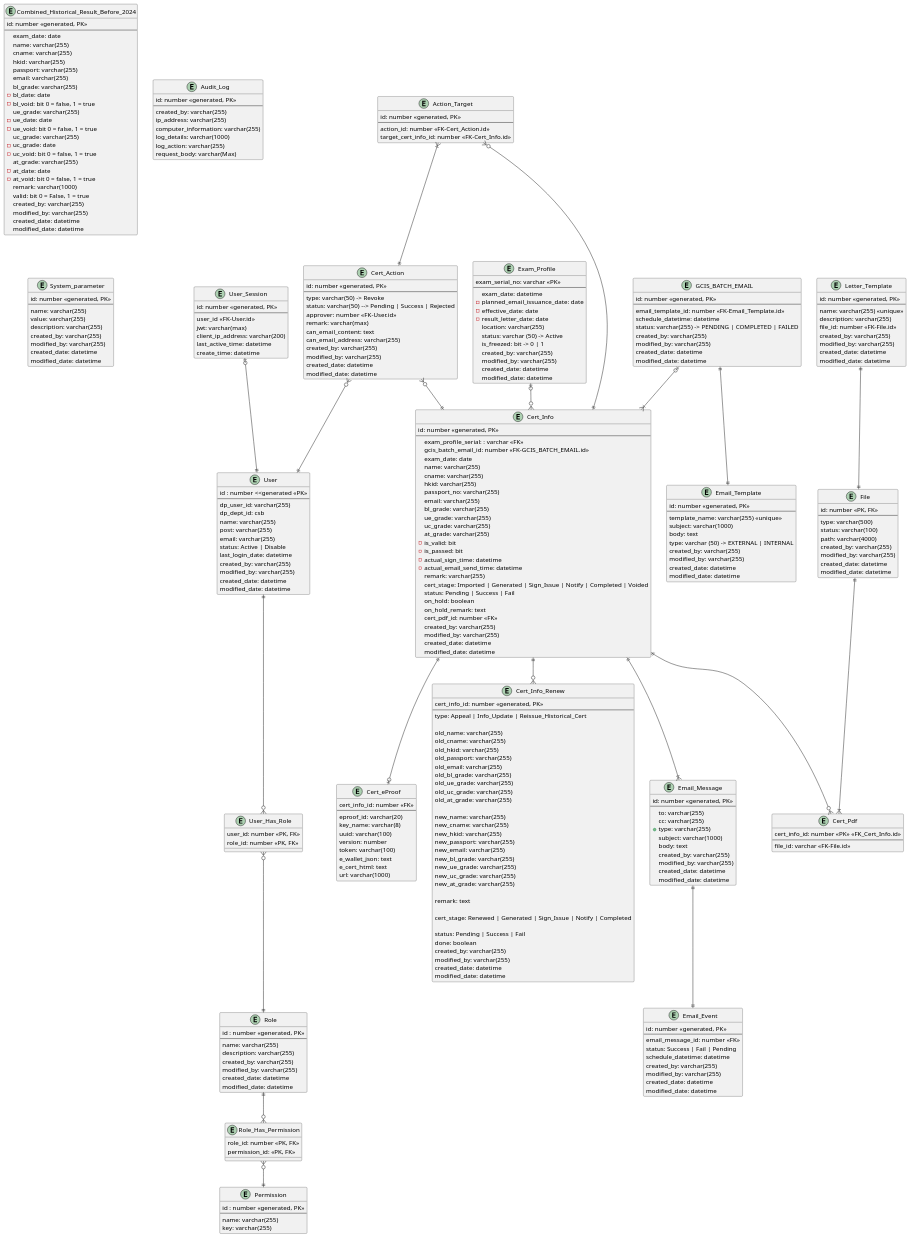
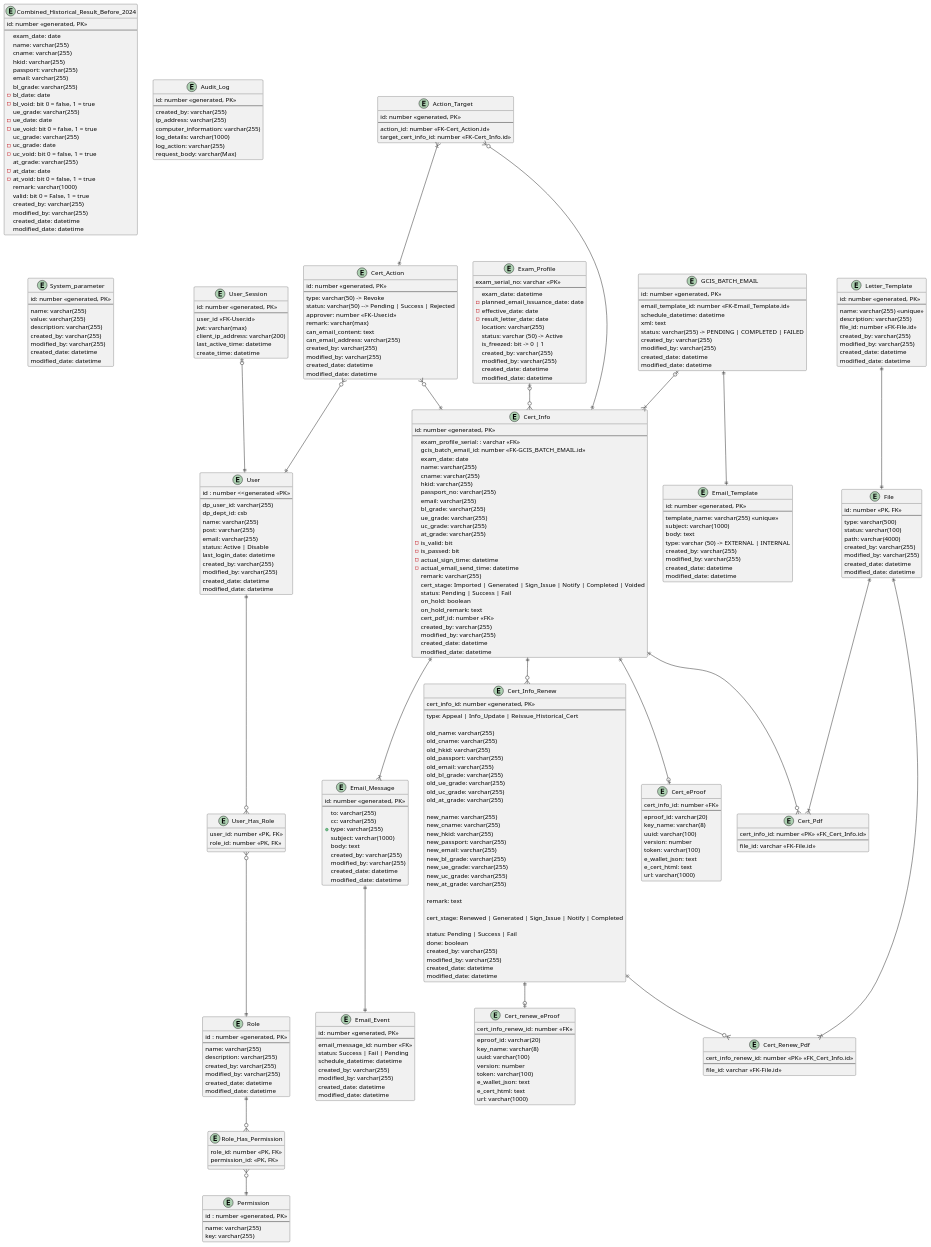
One commit to igsl-group/csb_eproof changed the diagram in er-diagram.puml. Above: the diagram before and after it, drawn with PlantUML.

Commit message:
Update ERD

```diff
--- a/er-diagram.puml
+++ b/er-diagram.puml
@@ -81,6 +81,7 @@
     --
     email_template_id: number <<FK-Email_Template.id>>
     schedule_datetime: datetime
+    xml: text
     status: varchar(255) -> PENDING | COMPLETED | FAILED
     created_by: varchar(255)
     modified_by: varchar(255)
@@ -117,6 +118,25 @@
   cert_info_id: number <<PK>> <<FK_Cert_Info.id>>
   --
   file_id: varchar <<FK-File.id>>
+}
+
+entity "Cert_Renew_Pdf" as cert_renew_pdf {
+  cert_info_renew_id: number <<PK>> <<FK_Cert_Info.id>>
+  --
+  file_id: varchar <<FK-File.id>>
+}
+
+entity "Cert_renew_eProof" as cert_renew_eproof {
+  cert_info_renew_id: number <<FK>>
+  --
+  eproof_id: varchar(20)
+  key_name: varchar(8)
+  uuid: varchar(100)
+  version: number
+  token: varchar(100)
+  e_wallet_json: text
+  e_cert_html: text
+  url: varchar(1000)
 }
 
 entity "File" as file {
@@ -162,7 +182,7 @@
     modified_date: datetime
 }
 
-entity "Cert_Info_Renew" as cert_info_approve {
+entity "Cert_Info_Renew" as cert_info_renew {
     cert_info_id: number <<generated, PK>>
     --
     type: Appeal | Info_Update | Reissue_Historical_Cert
@@ -315,7 +335,7 @@
 user_has_role }o--|| role
 role ||--o{ role_has_permission
 role_has_permission }o--|| permission
-cert_info ||--o{ cert_info_approve
+cert_info ||--o{ cert_info_renew
 cert_info ||--o| cert_eproof
 email_message ||--|| email_event
 
@@ -333,6 +353,10 @@
 cert_info ||--o{ cert_pdf
 file ||--|{ cert_pdf
 
+file ||--|{ cert_renew_pdf
+cert_info_renew ||--o{ cert_renew_pdf
+cert_info_renew ||--o| cert_renew_eproof
+
 gcis_batch_email ||--|| email_template
 gcis_batch_email |o--|{ cert_info
 
```
